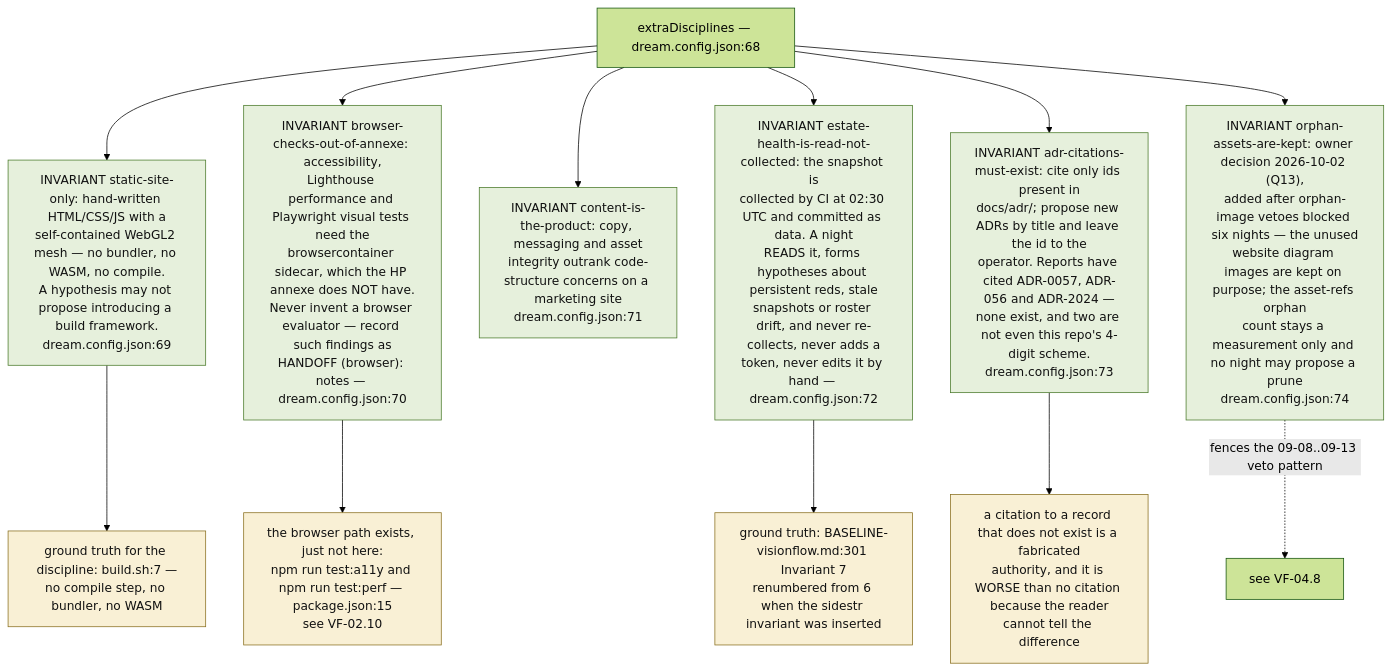
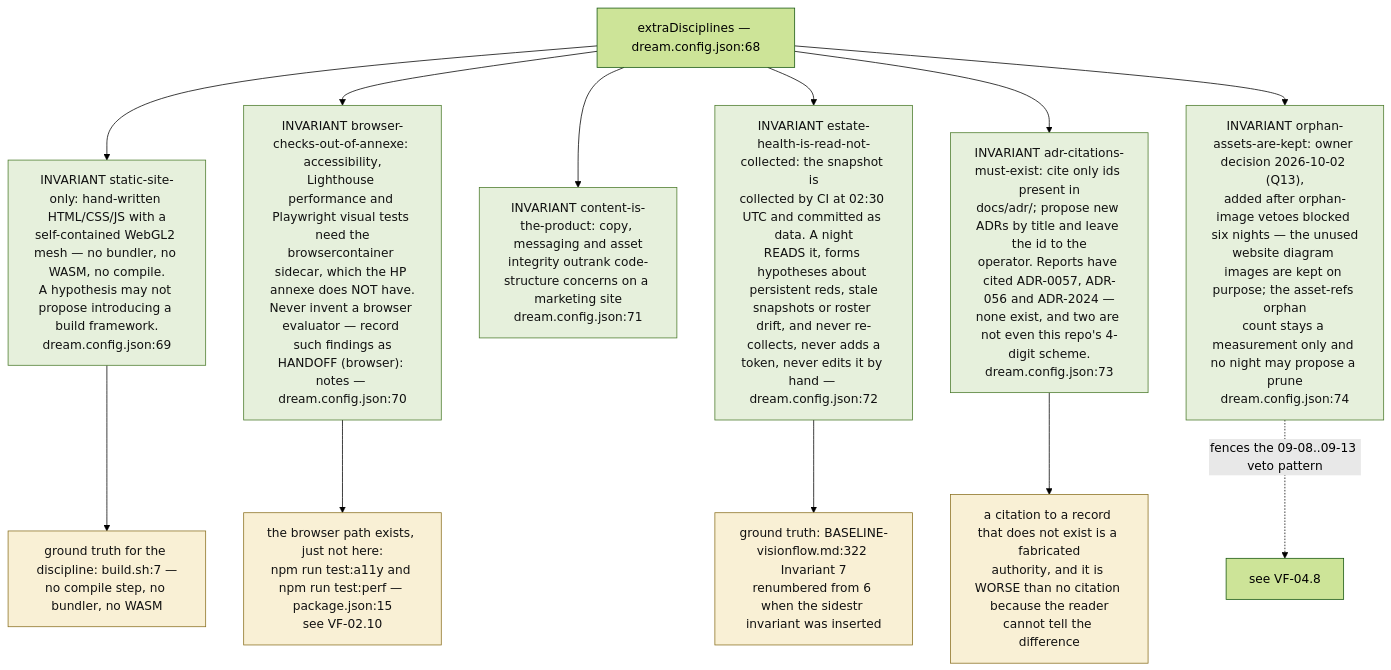
One commit to DreamLab-AI/VisionFlow changed the sixth of 9 diagrams in docs/diagrams/visionflow/04-dream-cycle-integration.md. Above: the diagram before and after it, drawn with Mermaid (forest theme). The commit also changed other lines of this file and 80 other files, not shown here.

First line of the commit message:
docs(diagrams): re-verify the agentbox, dreamlab, estate and visionflow corpus against current sources

````diff
--- a/docs/diagrams/visionflow/04-dream-cycle-integration.md
+++ b/docs/diagrams/visionflow/04-dream-cycle-integration.md
@@ -186,20 +186,20 @@
 ```mermaid
 flowchart TB
     classDef inv fill:#e6f0dc,stroke:#4a7a2a,color:#111
     classDef warn fill:#f9f0d5,stroke:#8a7020,color:#111
 
     D["extraDisciplines — dream.config.json:68"]
 
     D --> G1["INVARIANT static-site-only: hand-written HTML/CSS/JS with a<br/>self-contained WebGL2 mesh — no bundler, no WASM, no compile.<br/>A hypothesis may not propose introducing a build framework.<br/>dream.config.json:69"]:::inv
     D --> G2["INVARIANT browser-checks-out-of-annexe: accessibility,<br/>Lighthouse performance and Playwright visual tests need the<br/>browsercontainer sidecar, which the HP annexe does NOT have.<br/>Never invent a browser evaluator — record such findings as<br/>HANDOFF (browser): notes — dream.config.json:70"]:::inv
     D --> G3["INVARIANT content-is-the-product: copy, messaging and asset<br/>integrity outrank code-structure concerns on a marketing site<br/>dream.config.json:71"]:::inv
     D --> G4["INVARIANT estate-health-is-read-not-collected: the snapshot is<br/>collected by CI at 02:30 UTC and committed as data. A night<br/>READS it, forms hypotheses about persistent reds, stale<br/>snapshots or roster drift, and never re-collects, never adds a<br/>token, never edits it by hand — dream.config.json:72"]:::inv
     D --> G5["INVARIANT adr-citations-must-exist: cite only ids present in<br/>docs/adr/; propose new ADRs by title and leave the id to the<br/>operator. Reports have cited ADR-0057, ADR-056 and ADR-2024 —<br/>none exist, and two are not even this repo's 4-digit scheme.<br/>dream.config.json:73"]:::inv
 
     G5 --> WHY["a citation to a record that does not exist is a fabricated<br/>authority, and it is WORSE than no citation because the reader<br/>cannot tell the difference"]:::warn
     D --> G6["INVARIANT orphan-assets-are-kept: owner decision 2026-10-02 (Q13),<br/>added after orphan-image vetoes blocked six nights — the unused<br/>website diagram images are kept on purpose; the asset-refs orphan<br/>count stays a measurement only and no night may propose a prune<br/>dream.config.json:74"]:::inv
     G6 -.->|"fences the 09-08..09-13 veto pattern"| DRYP["see VF-04.8"]
     G2 --> LOCAL["the browser path exists, just not here:<br/>npm run test:a11y and npm run test:perf — package.json:15<br/>see VF-02.10"]:::warn
     G1 --> SRC["ground truth for the discipline: build.sh:7 —<br/>no compile step, no bundler, no WASM"]:::warn
-    G4 --> SRC2["ground truth: BASELINE-visionflow.md:301 Invariant 7<br/>renumbered from 6 when the sidestr invariant was inserted"]:::warn
+    G4 --> SRC2["ground truth: BASELINE-visionflow.md:322 Invariant 7<br/>renumbered from 6 when the sidestr invariant was inserted"]:::warn
 ```
````
